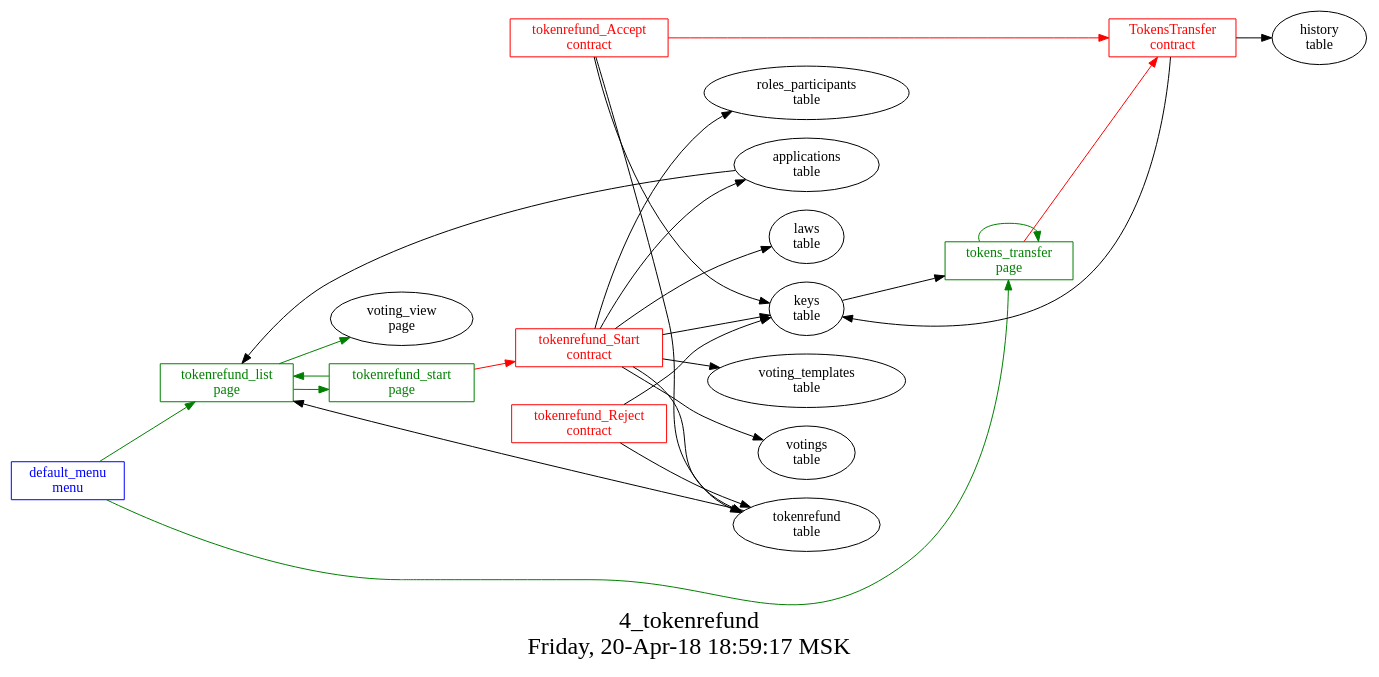
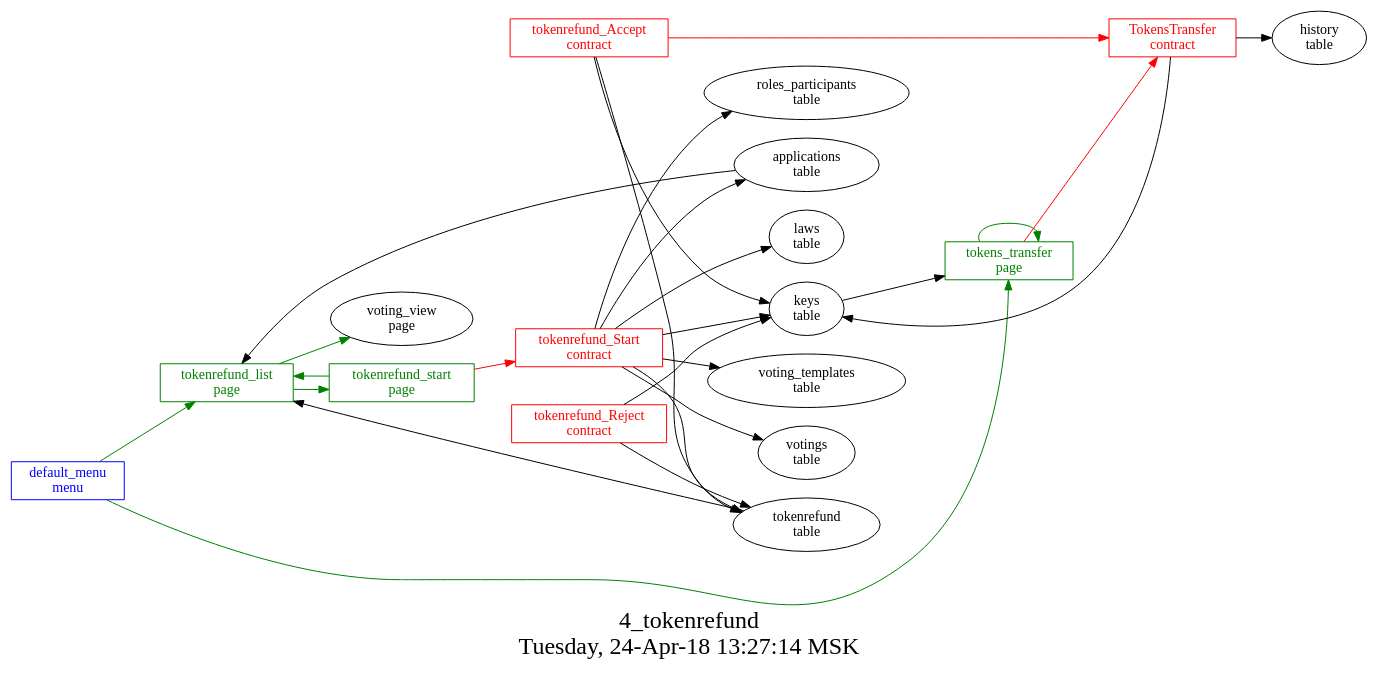
The diagram in src/basic/4_tokenrefund/struct.dot (AplaProject/apps), drawn with Graphviz before and after one commit. The commit also changed 31 other files, not shown here.

```diff
--- a/src/basic/4_tokenrefund/struct.dot
+++ b/src/basic/4_tokenrefund/struct.dot
@@ -1,45 +1,45 @@
 digraph G {
 graph [
   fontsize="24";
-  label="4_tokenrefund\nFriday, 20-Apr-18 18:59:17 MSK";
+  label="4_tokenrefund\nTuesday, 24-Apr-18 13:27:14 MSK";
   nojustify=true;
   ordering=out;
   rankdir=LR;
   size="30";
 ];
 "default_menu\nmenu" -> "tokenrefund_list\npage"  [ color=green ]
 "default_menu\nmenu" -> "tokens_transfer\npage"  [ color=green ]
 "default_menu\nmenu" [color=blue, fontcolor=blue, group=menus, shape=record];
 "applications\ntable" -> "tokenrefund_list\npage"  [ color="" ]
 "tokenrefund\ntable" -> "tokenrefund_list\npage"  [ color="" ]
 "tokenrefund_list\npage" -> "voting_view\npage"  [ color=green ]
 "tokenrefund_list\npage" -> "tokenrefund_start\npage"  [ color=green ]
 "tokenrefund_list\npage" [color=green, fontcolor=green, group=pages, shape=record];
 "tokenrefund_start\npage" -> "tokenrefund_Start\ncontract"  [ color=red ]
 "tokenrefund_start\npage" -> "tokenrefund_list\npage"  [ color=green ]
 "tokenrefund_start\npage" [color=green, fontcolor=green, group=pages, shape=record];
 "tokens_transfer\npage" -> "TokensTransfer\ncontract"  [ color=red ]
 "keys\ntable" -> "tokens_transfer\npage"  [ color="" ]
 "tokens_transfer\npage" -> "tokens_transfer\npage"  [ color=green ]
 "tokens_transfer\npage" [color=green, fontcolor=green, group=pages, shape=record];
 "TokensTransfer\ncontract" -> "keys\ntable"  [ color="" ]
 "TokensTransfer\ncontract" -> "history\ntable"  [ color="" ]
 "TokensTransfer\ncontract" [color=red, fontcolor=red, group=contracts, shape=record];
 "tokenrefund_Accept\ncontract" -> "TokensTransfer\ncontract"  [ color=red ]
 "tokenrefund_Accept\ncontract" -> "keys\ntable"  [ color="" ]
 "tokenrefund_Accept\ncontract" -> "tokenrefund\ntable"  [ color="" ]
 "tokenrefund_Accept\ncontract" [color=red, fontcolor=red, group=contracts, shape=record];
 "tokenrefund_Reject\ncontract" -> "keys\ntable"  [ color="" ]
 "tokenrefund_Reject\ncontract" -> "tokenrefund\ntable"  [ color="" ]
 "tokenrefund_Reject\ncontract" [color=red, fontcolor=red, group=contracts, shape=record];
 "tokenrefund_Start\ncontract" -> "keys\ntable"  [ color="" ]
 "tokenrefund_Start\ncontract" -> "roles_participants\ntable"  [ color="" ]
 "tokenrefund_Start\ncontract" -> "applications\ntable"  [ color="" ]
 "tokenrefund_Start\ncontract" -> "laws\ntable"  [ color="" ]
 "tokenrefund_Start\ncontract" -> "voting_templates\ntable"  [ color="" ]
 "tokenrefund_Start\ncontract" -> "votings\ntable"  [ color="" ]
 "tokenrefund_Start\ncontract" -> "tokenrefund\ntable"  [ color="" ]
 "tokenrefund_Start\ncontract" [color=red, fontcolor=red, group=contracts, shape=record];
 "laws\ntable" [color="", fontcolor="", group=tables, shape=""];
 "tokenrefund\ntable" [color="", fontcolor="", group=tables, shape=""];
 }
```
